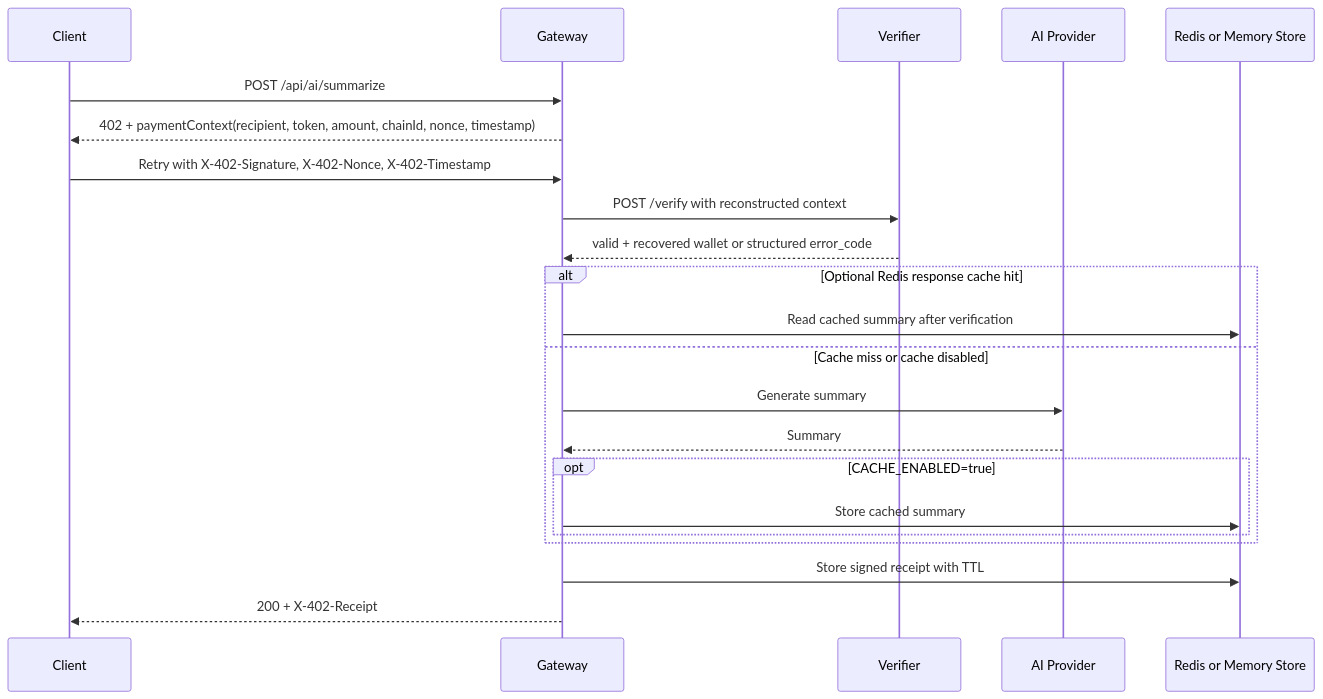
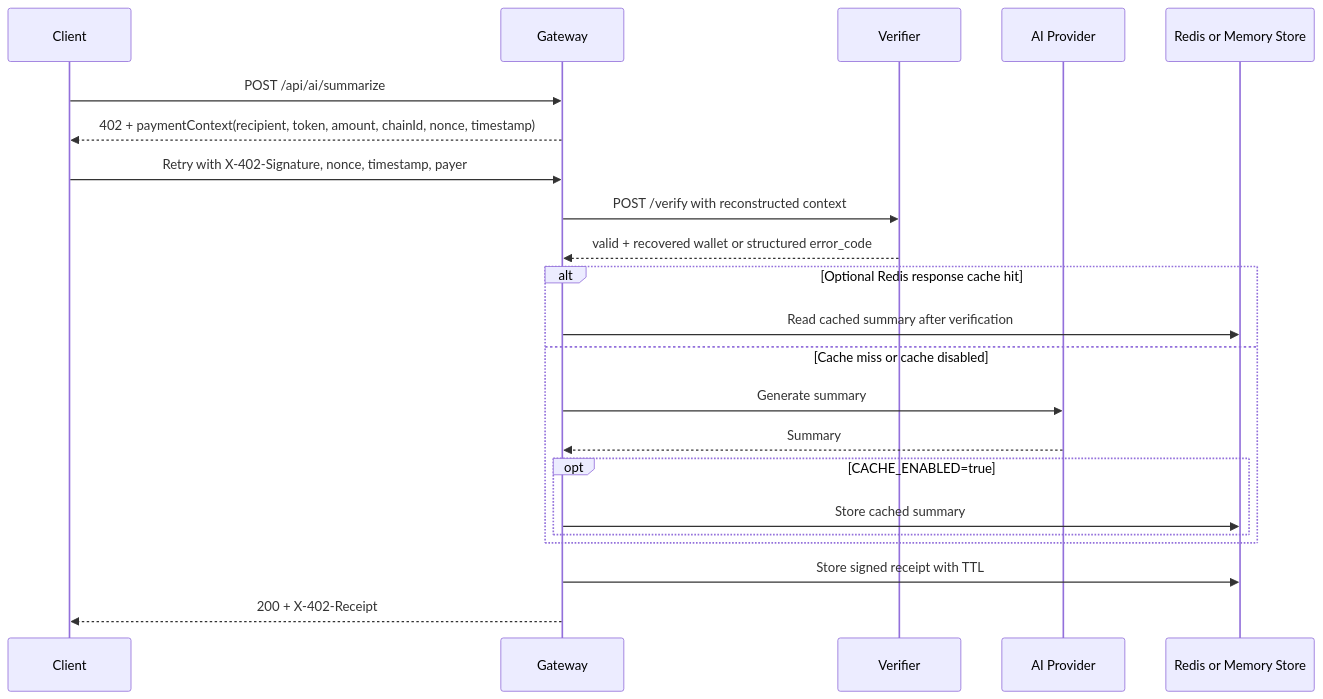
The diagram in gateway/README.md (AnkanMisra/MicroAI-Paygate), drawn with Mermaid before and after one commit. The commit also changed other lines of this file and 41 other files, not shown here.

````diff
--- a/gateway/README.md
+++ b/gateway/README.md
@@ -18,25 +18,25 @@
 ```mermaid
 sequenceDiagram
     participant C as Client
     participant G as Gateway
     participant V as Verifier
     participant A as AI Provider
     participant R as Redis or Memory Store
 
     C->>G: POST /api/ai/summarize
     G-->>C: 402 + paymentContext(recipient, token, amount, chainId, nonce, timestamp)
-    C->>G: Retry with X-402-Signature, X-402-Nonce, X-402-Timestamp
+    C->>G: Retry with X-402-Signature, nonce, timestamp, payer
     G->>V: POST /verify with reconstructed context
     V-->>G: valid + recovered wallet or structured error_code
     alt Optional Redis response cache hit
       G->>R: Read cached summary after verification
     else Cache miss or cache disabled
       G->>A: Generate summary
       A-->>G: Summary
       opt CACHE_ENABLED=true
         G->>R: Store cached summary
       end
     end
     G->>R: Store signed receipt with TTL
     G-->>C: 200 + X-402-Receipt
 ```
````
